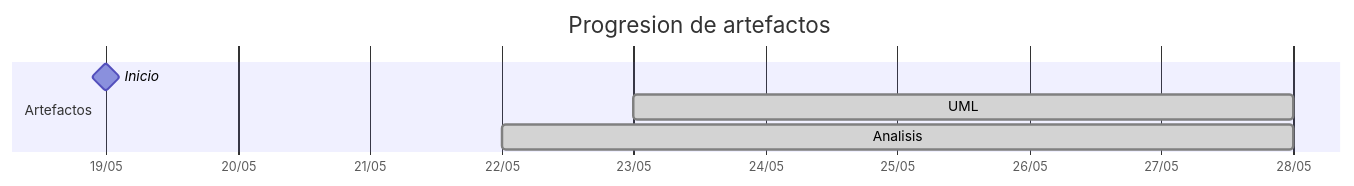
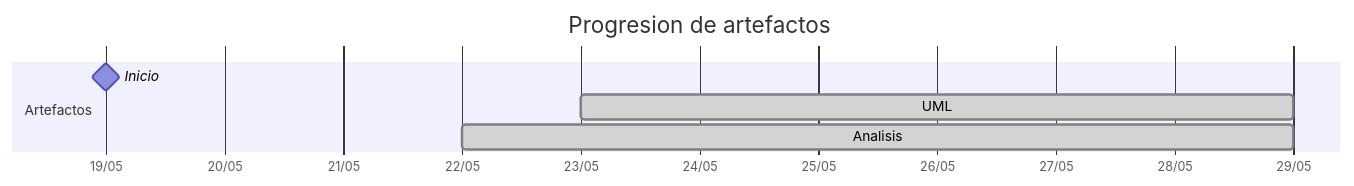
Before and after one commit to carlos-alvarado-25/25-26-idsw2-sdVC: the diagram in TIMELINES/carlos-alvarado-25.md, drawn with Mermaid. The commit also changed other lines of this file and 25 other files, not shown here.

````diff
--- a/TIMELINES/carlos-alvarado-25.md
+++ b/TIMELINES/carlos-alvarado-25.md
@@ -19,10 +23,10 @@
 ```mermaid
 gantt
     title Progresion de artefactos
     dateFormat YYYY-MM-DD
     axisFormat %d/%m
     section Artefactos
         Inicio       :milestone, 2026-05-19, 0d
-        UML          :done, 2026-05-23, 2026-05-28
-        Analisis     :done, 2026-05-22, 2026-05-28
+        UML          :done, 2026-05-23, 2026-05-29
+        Analisis     :done, 2026-05-22, 2026-05-29
 ```
````
